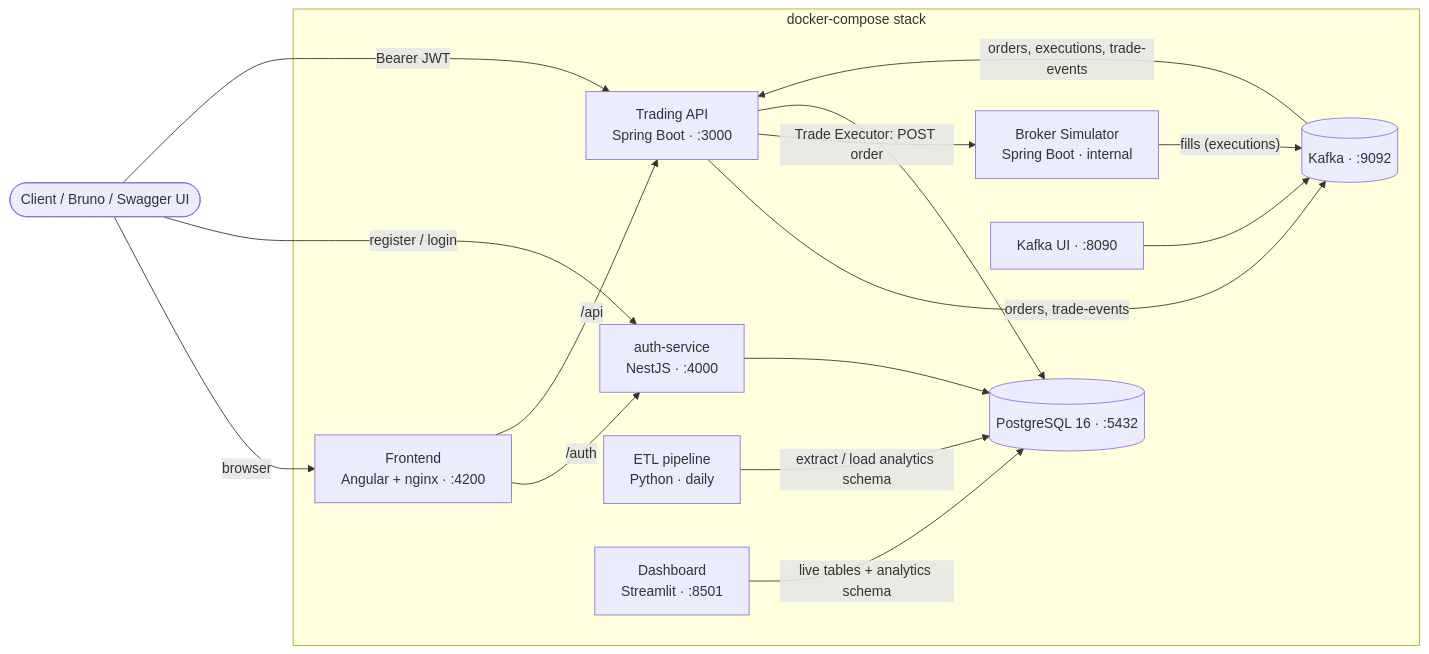
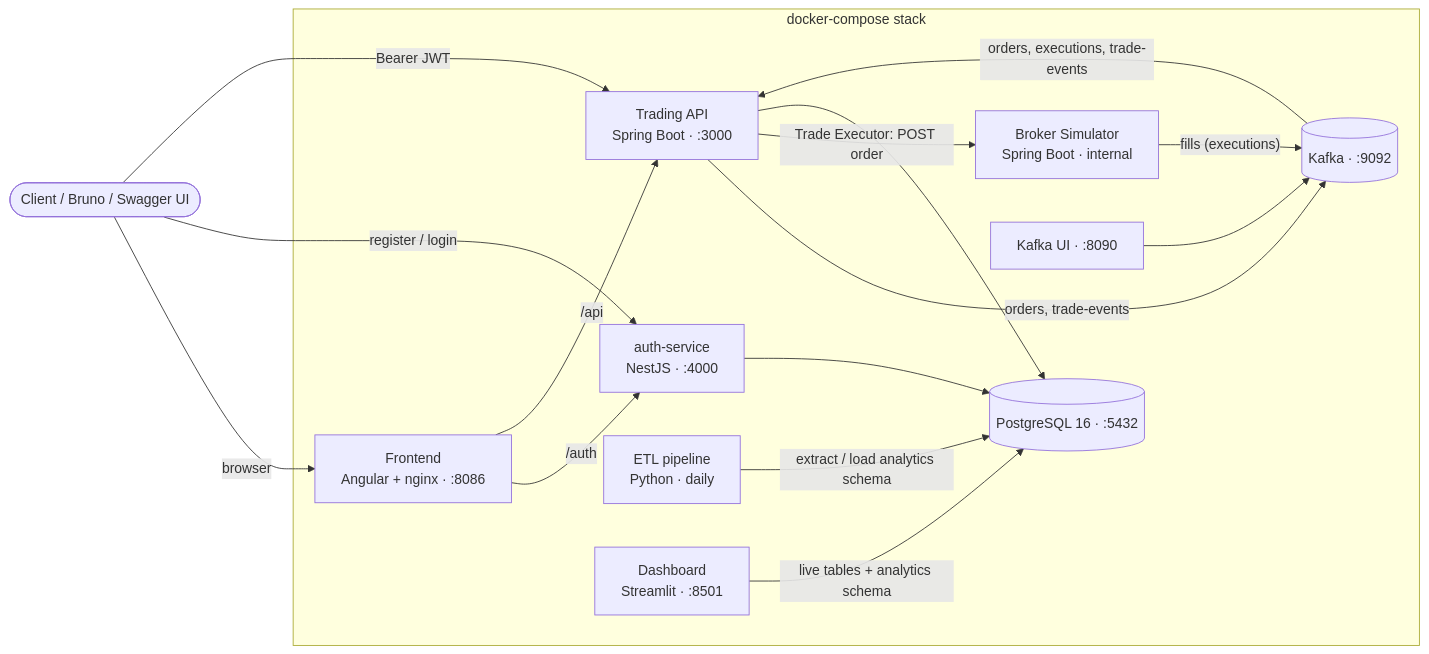
The diagram in README.md (NathanCarr10/TNS-Capital), drawn with Mermaid before and after one commit. The commit also changed other lines of this file and 8 other files, not shown here.

````diff
--- a/README.md
+++ b/README.md
@@ -29,31 +29,31 @@
 ```mermaid
 flowchart LR
     client([Client / Bruno / Swagger UI])
 
     subgraph stack[docker-compose stack]
-        web[Frontend<br/>Angular + nginx · :4200]
+        web[Frontend<br/>Angular + nginx · :8086]
         auth[auth-service<br/>NestJS · :4000]
         app[Trading API<br/>Spring Boot · :3000]
         broker[Broker Simulator<br/>Spring Boot · internal]
         kafka[(Kafka · :9092)]
         pg[(PostgreSQL 16 · :5432)]
         etl[ETL pipeline<br/>Python · daily]
         dash[Dashboard<br/>Streamlit · :8501]
         ui[Kafka UI · :8090]
     end
 
     client -- "browser" --> web
     web -- "/auth" --> auth
     web -- "/api" --> app
     client -- "register / login" --> auth
     client -- "Bearer JWT" --> app
     auth --> pg
     app -- "orders, trade-events" --> kafka
     kafka -- "orders, executions, trade-events" --> app
     app -- "Trade Executor: POST order" --> broker
     broker -- "fills (executions)" --> kafka
     app --> pg
     etl -- "extract / load analytics schema" --> pg
     dash -- "live tables + analytics schema" --> pg
     ui --> kafka
 ```
````
